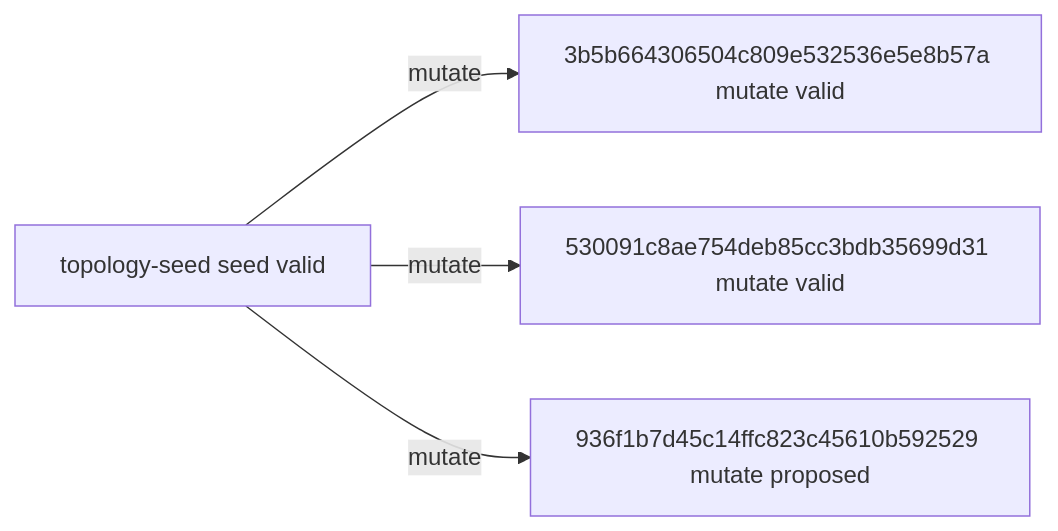
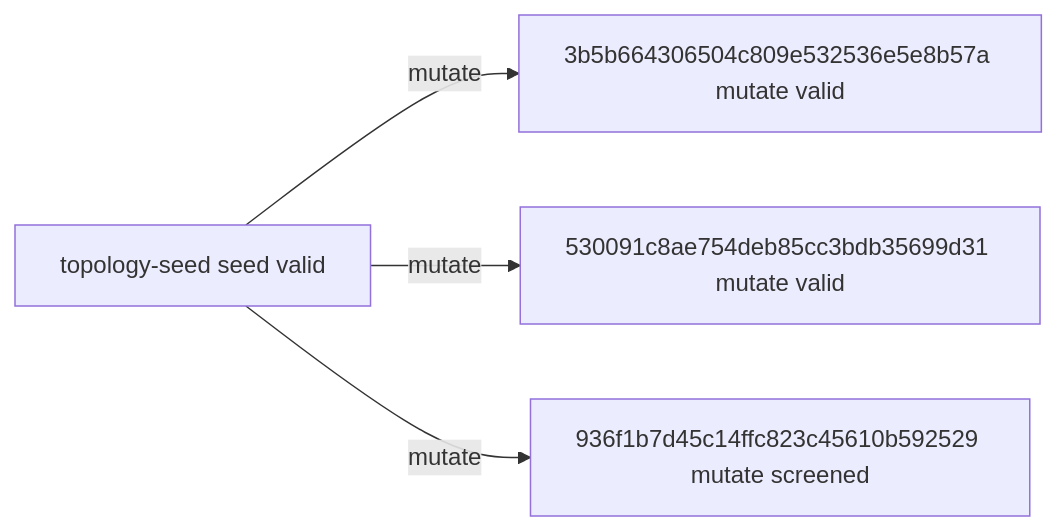
The diagram in experiments/campaigns/layout-numerical-lane1/README.md (timbtz/feyer-search-lab), drawn with Mermaid before and after one commit. The commit also changed other lines of this file and 7 other files, not shown here.

````diff
--- a/experiments/campaigns/layout-numerical-lane1/README.md
+++ b/experiments/campaigns/layout-numerical-lane1/README.md
@@ -21,10 +21,10 @@
 ```mermaid
 graph LR
   n0["topology-seed seed valid"]
   n1["3b5b664306504c809e532536e5e8b57a mutate valid"]
   n2["530091c8ae754deb85cc3bdb35699d31 mutate valid"]
-  n3["936f1b7d45c14ffc823c45610b592529 mutate proposed"]
+  n3["936f1b7d45c14ffc823c45610b592529 mutate screened"]
   n0 -->|mutate| n1
   n0 -->|mutate| n2
   n0 -->|mutate| n3
 ```
````
